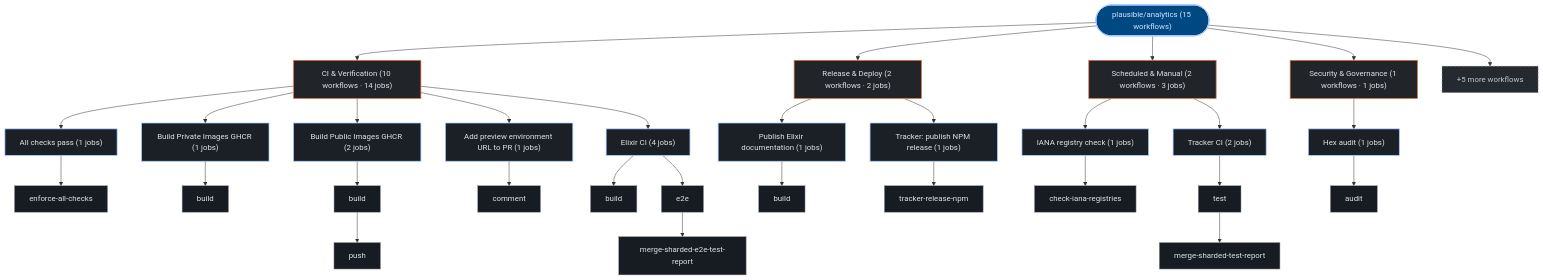
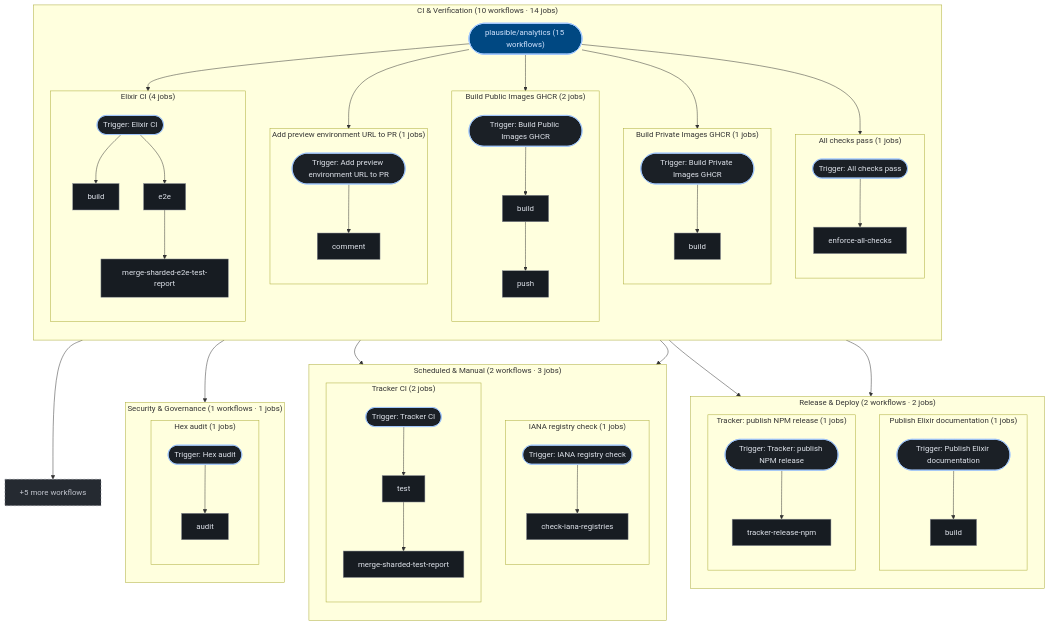
The third of 3 diagrams in exports/latest/reports/plausible-analytics-report.md (kumarshaz/atruss-code-atlas), drawn with Mermaid before and after one commit. The commit also changed 181 other files, not shown here.

````diff
--- a/exports/latest/reports/plausible-analytics-report.md
+++ b/exports/latest/reports/plausible-analytics-report.md
@@ -329,62 +329,96 @@
   classDef atlasAlert fill:#93000a,stroke:#ffb4ab,stroke-width:1.5px,color:#ffdad6
   classDef atlasMore fill:#252a31,stroke:#8d9199,stroke-dasharray:4 4,color:#c3c6cf
   pipeline_root(["plausible/analytics (15 workflows)"]):::atlasRoot
-  grp_0_CI___Verification["CI & Verification (10 workflows · 14 jobs)"]:::atlasCategory
-  pipeline_root --> grp_0_CI___Verification
-  wf_0_All_checks_pass["All checks pass (1 jobs)"]:::atlasWorkflow
-  grp_0_CI___Verification --> wf_0_All_checks_pass
-  job_0_enforce_all_checks["enforce-all-checks"]:::atlasJob
-  wf_0_All_checks_pass --> job_0_enforce_all_checks
-  wf_1_Build_Private_Images_GHCR["Build Private Images GHCR (1 jobs)"]:::atlasWorkflow
-  grp_0_CI___Verification --> wf_1_Build_Private_Images_GHCR
-  job_1_build["build"]:::atlasJob
-  wf_1_Build_Private_Images_GHCR --> job_1_build
-  wf_2_Build_Public_Images_GHCR["Build Public Images GHCR (2 jobs)"]:::atlasWorkflow
-  grp_0_CI___Verification --> wf_2_Build_Public_Images_GHCR
-  job_2_build["build"]:::atlasJob
-  job_2_push["push"]:::atlasJob
-  wf_2_Build_Public_Images_GHCR --> job_2_build
-  job_2_build --> job_2_push
-  wf_3_Add_preview_environment_URL_to_PR["Add preview environment URL to PR (1 jobs)"]:::atlasWorkflow
-  grp_0_CI___Verification --> wf_3_Add_preview_environment_URL_to_PR
-  job_3_comment["comment"]:::atlasJob
-  wf_3_Add_preview_environment_URL_to_PR --> job_3_comment
-  wf_4_Elixir_CI["Elixir CI (4 jobs)"]:::atlasWorkflow
-  grp_0_CI___Verification --> wf_4_Elixir_CI
-  job_4_build["build"]:::atlasJob
-  job_4_e2e["e2e"]:::atlasJob
-  job_4_merge_sharded_e2e_test_report["merge-sharded-e2e-test-report"]:::atlasJob
-  wf_4_Elixir_CI --> job_4_build
-  wf_4_Elixir_CI --> job_4_e2e
-  job_4_e2e --> job_4_merge_sharded_e2e_test_report
-  grp_1_Release___Deploy["Release & Deploy (2 workflows · 2 jobs)"]:::atlasCategory
-  pipeline_root --> grp_1_Release___Deploy
-  wf_9_Publish_Elixir_documentation["Publish Elixir documentation (1 jobs)"]:::atlasWorkflow
-  grp_1_Release___Deploy --> wf_9_Publish_Elixir_documentation
-  job_9_build["build"]:::atlasJob
-  wf_9_Publish_Elixir_documentation --> job_9_build
-  wf_11_Tracker__publish_NPM_release["Tracker: publish NPM release (1 jobs)"]:::atlasWorkflow
-  grp_1_Release___Deploy --> wf_11_Tracker__publish_NPM_release
-  job_11_tracker_release_npm["tracker-release-npm"]:::atlasJob
-  wf_11_Tracker__publish_NPM_release --> job_11_tracker_release_npm
-  grp_2_Scheduled___Manual["Scheduled & Manual (2 workflows · 3 jobs)"]:::atlasCategory
-  pipeline_root --> grp_2_Scheduled___Manual
-  wf_6_IANA_registry_check["IANA registry check (1 jobs)"]:::atlasWorkflow
-  grp_2_Scheduled___Manual --> wf_6_IANA_registry_check
-  job_6_check_iana_registries["check-iana-registries"]:::atlasJob
-  wf_6_IANA_registry_check --> job_6_check_iana_registries
-  wf_13_Tracker_CI["Tracker CI (2 jobs)"]:::atlasWorkflow
-  grp_2_Scheduled___Manual --> wf_13_Tracker_CI
-  job_13_test["test"]:::atlasJob
-  job_13_merge_sharded_test_report["merge-sharded-test-report"]:::atlasJob
-  wf_13_Tracker_CI --> job_13_test
-  job_13_test --> job_13_merge_sharded_test_report
-  grp_3_Security___Governance["Security & Governance (1 workflows · 1 jobs)"]:::atlasCategory
-  pipeline_root --> grp_3_Security___Governance
-  wf_5_Hex_audit["Hex audit (1 jobs)"]:::atlasWorkflow
-  grp_3_Security___Governance --> wf_5_Hex_audit
-  job_5_audit["audit"]:::atlasJob
-  wf_5_Hex_audit --> job_5_audit
+  subgraph sg_grp_0_CI___Verification["CI & Verification (10 workflows · 14 jobs)"]
+    direction TB
+    subgraph sg_wf_0_All_checks_pass["All checks pass (1 jobs)"]
+      direction TB
+      wf_0_All_checks_pass(["Trigger: All checks pass"]):::atlasWorkflow
+      job_0_enforce_all_checks["enforce-all-checks"]:::atlasJob
+      wf_0_All_checks_pass --> job_0_enforce_all_checks
+    end
+    pipeline_root --> wf_0_All_checks_pass
+    subgraph sg_wf_1_Build_Private_Images_GHCR["Build Private Images GHCR (1 jobs)"]
+      direction TB
+      wf_1_Build_Private_Images_GHCR(["Trigger: Build Private Images GHCR"]):::atlasWorkflow
+      job_1_build["build"]:::atlasJob
+      wf_1_Build_Private_Images_GHCR --> job_1_build
+    end
+    pipeline_root --> wf_1_Build_Private_Images_GHCR
+    subgraph sg_wf_2_Build_Public_Images_GHCR["Build Public Images GHCR (2 jobs)"]
+      direction TB
+      wf_2_Build_Public_Images_GHCR(["Trigger: Build Public Images GHCR"]):::atlasWorkflow
+      job_2_build["build"]:::atlasJob
+      job_2_push["push"]:::atlasJob
+      wf_2_Build_Public_Images_GHCR --> job_2_build
+      job_2_build --> job_2_push
+    end
+    pipeline_root --> wf_2_Build_Public_Images_GHCR
+    subgraph sg_wf_3_Add_preview_environment_URL_to_PR["Add preview environment URL to PR (1 jobs)"]
+      direction TB
+      wf_3_Add_preview_environment_URL_to_PR(["Trigger: Add preview environment URL to PR"]):::atlasWorkflow
+      job_3_comment["comment"]:::atlasJob
+      wf_3_Add_preview_environment_URL_to_PR --> job_3_comment
+    end
+    pipeline_root --> wf_3_Add_preview_environment_URL_to_PR
+    subgraph sg_wf_4_Elixir_CI["Elixir CI (4 jobs)"]
+      direction TB
+      wf_4_Elixir_CI(["Trigger: Elixir CI"]):::atlasWorkflow
+      job_4_build["build"]:::atlasJob
+      job_4_e2e["e2e"]:::atlasJob
+      job_4_merge_sharded_e2e_test_report["merge-sharded-e2e-test-report"]:::atlasJob
+      wf_4_Elixir_CI --> job_4_build
+      wf_4_Elixir_CI --> job_4_e2e
+      job_4_e2e --> job_4_merge_sharded_e2e_test_report
+    end
+    pipeline_root --> wf_4_Elixir_CI
+  end
+  subgraph sg_grp_1_Release___Deploy["Release & Deploy (2 workflows · 2 jobs)"]
+    direction TB
+    subgraph sg_wf_9_Publish_Elixir_documentation["Publish Elixir documentation (1 jobs)"]
+      direction TB
+      wf_9_Publish_Elixir_documentation(["Trigger: Publish Elixir documentation"]):::atlasWorkflow
+      job_9_build["build"]:::atlasJob
+      wf_9_Publish_Elixir_documentation --> job_9_build
+    end
+    pipeline_root --> wf_9_Publish_Elixir_documentation
+    subgraph sg_wf_11_Tracker__publish_NPM_release["Tracker: publish NPM release (1 jobs)"]
+      direction TB
+      wf_11_Tracker__publish_NPM_release(["Trigger: Tracker: publish NPM release"]):::atlasWorkflow
+      job_11_tracker_release_npm["tracker-release-npm"]:::atlasJob
+      wf_11_Tracker__publish_NPM_release --> job_11_tracker_release_npm
+    end
+    pipeline_root --> wf_11_Tracker__publish_NPM_release
+  end
+  subgraph sg_grp_2_Scheduled___Manual["Scheduled & Manual (2 workflows · 3 jobs)"]
+    direction TB
+    subgraph sg_wf_6_IANA_registry_check["IANA registry check (1 jobs)"]
+      direction TB
+      wf_6_IANA_registry_check(["Trigger: IANA registry check"]):::atlasWorkflow
+      job_6_check_iana_registries["check-iana-registries"]:::atlasJob
+      wf_6_IANA_registry_check --> job_6_check_iana_registries
+    end
+    pipeline_root --> wf_6_IANA_registry_check
+    subgraph sg_wf_13_Tracker_CI["Tracker CI (2 jobs)"]
+      direction TB
+      wf_13_Tracker_CI(["Trigger: Tracker CI"]):::atlasWorkflow
+      job_13_test["test"]:::atlasJob
+      job_13_merge_sharded_test_report["merge-sharded-test-report"]:::atlasJob
+      wf_13_Tracker_CI --> job_13_test
+      job_13_test --> job_13_merge_sharded_test_report
+    end
+    pipeline_root --> wf_13_Tracker_CI
+  end
+  subgraph sg_grp_3_Security___Governance["Security & Governance (1 workflows · 1 jobs)"]
+    direction TB
+    subgraph sg_wf_5_Hex_audit["Hex audit (1 jobs)"]
+      direction TB
+      wf_5_Hex_audit(["Trigger: Hex audit"]):::atlasWorkflow
+      job_5_audit["audit"]:::atlasJob
+      wf_5_Hex_audit --> job_5_audit
+    end
+    pipeline_root --> wf_5_Hex_audit
+  end
   wf_more["+5 more workflows"]:::atlasMore
   pipeline_root --> wf_more
 ```
````
